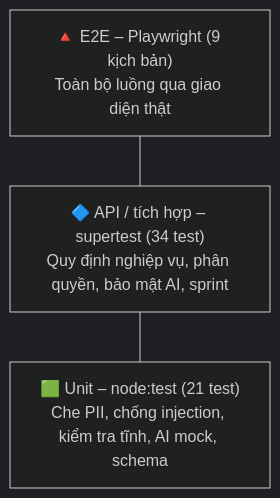
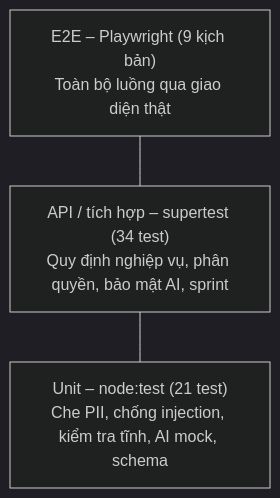
The first of 2 diagrams in docs/06_KiemThu.md (quangphuoc73/Phan_Mem_Quan_Ly_Test_Cases), drawn with Mermaid (dark theme) before and after one commit. The commit also changed other lines of this file and 14 other files, not shown here.

First line of the commit message:
docs: vẽ lại ERD bằng draw.io từ schema.sql, đơn giản giao diện báo cáo

````diff
--- a/docs/06_KiemThu.md
+++ b/docs/06_KiemThu.md
@@ -9,7 +9,7 @@
 ```mermaid
 flowchart TB
-    E2E["🔺 E2E – Playwright (9 kịch bản)<br/>Toàn bộ luồng qua giao diện thật"]
-    API["🔷 API / tích hợp – supertest (34 test)<br/>Quy định nghiệp vụ, phân quyền, bảo mật AI, sprint"]
-    UNIT["🟩 Unit – node:test (21 test)<br/>Che PII, chống injection, kiểm tra tĩnh, AI mock, schema"]
+    E2E["E2E – Playwright (9 kịch bản)<br/>Toàn bộ luồng qua giao diện thật"]
+    API["API / tích hợp – supertest (34 test)<br/>Quy định nghiệp vụ, phân quyền, bảo mật AI, sprint"]
+    UNIT["Unit – node:test (21 test)<br/>Che PII, chống injection, kiểm tra tĩnh, AI mock, schema"]
     E2E --- API --- UNIT
 ```
````
